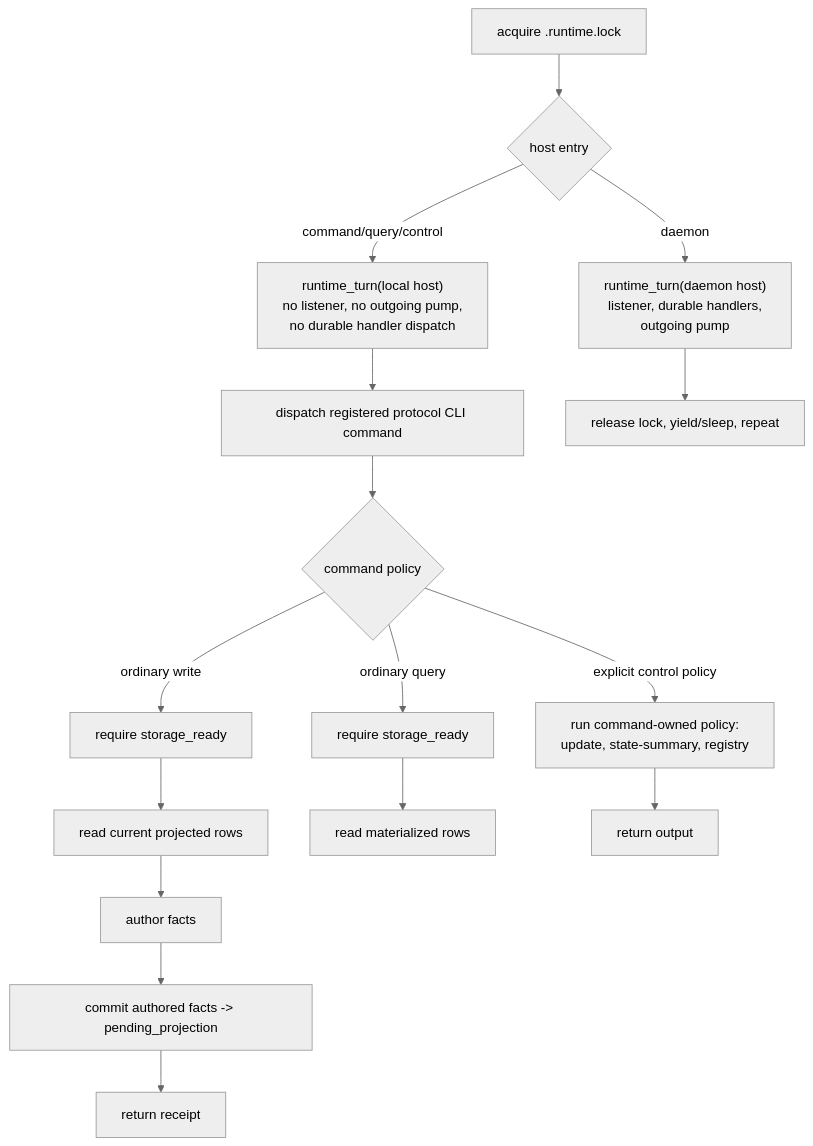
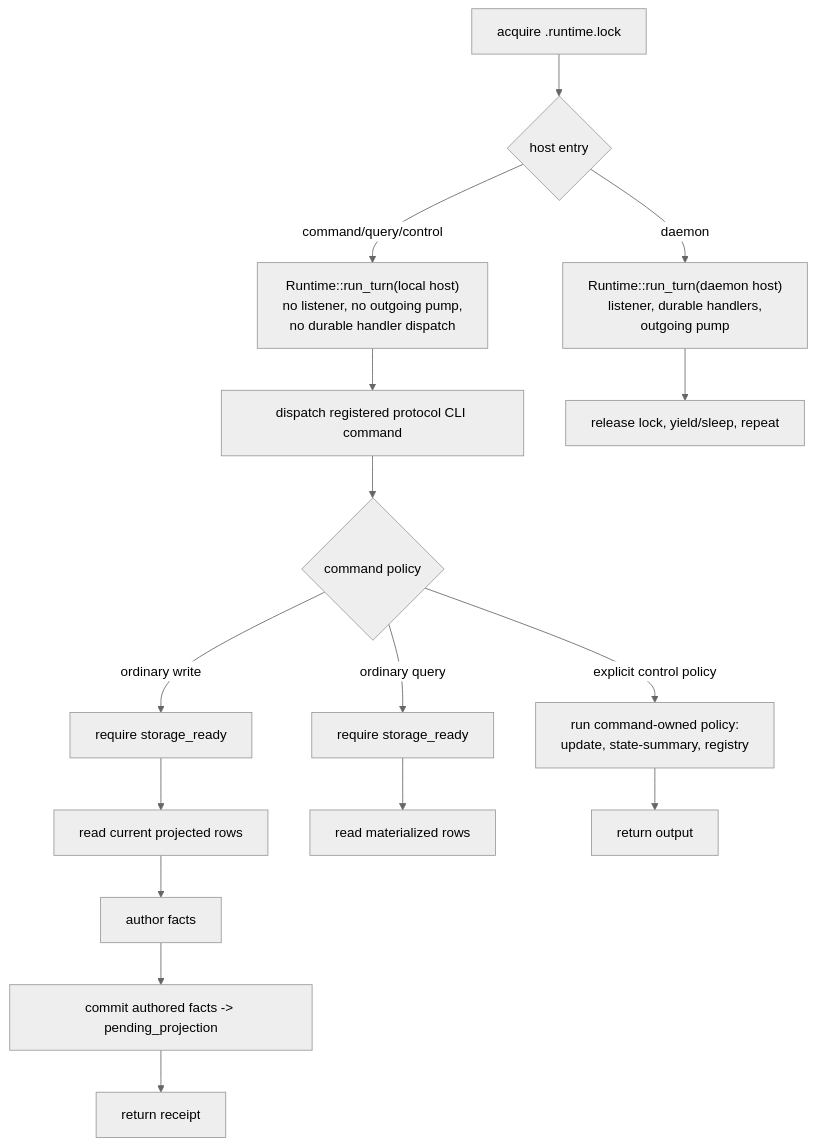
Before and after one commit to holmesworcester/poc-10: the fourth of 11 diagrams in ARCHITECTURE_DIAGRAMS.md, drawn with Mermaid (neutral theme). The commit also changed other lines of this file and 11 other files, not shown here.

Commit message:
Move runtime turn ownership into runtime

````diff
--- a/ARCHITECTURE_DIAGRAMS.md
+++ b/ARCHITECTURE_DIAGRAMS.md
@@ -285,25 +285,25 @@
 ```mermaid
 %%{init: {"flowchart": {"wrappingWidth": 300}} }%%
 flowchart TD
     LOCK["acquire <db>.runtime.lock"]
 
     LOCK --> HOST{"host entry"}
-    HOST -->|command/query/control| LOCAL_PREFLIGHT["runtime_turn(local host)<br/>no listener, no outgoing pump,<br/>no durable handler dispatch"]
-    HOST -->|daemon| DAEMON_PREFLIGHT["runtime_turn(daemon host)<br/>listener, durable handlers,<br/>outgoing pump"]
+    HOST -->|command/query/control| LOCAL_PREFLIGHT["Runtime::run_turn(local host)<br/>no listener, no outgoing pump,<br/>no durable handler dispatch"]
+    HOST -->|daemon| DAEMON_PREFLIGHT["Runtime::run_turn(daemon host)<br/>listener, durable handlers,<br/>outgoing pump"]
 
     LOCAL_PREFLIGHT --> CLI_DISPATCH["dispatch registered protocol CLI command"]
     CLI_DISPATCH --> CLI_KIND{"command policy"}
     CLI_KIND -->|ordinary write| CMD_READY["require storage_ready"]
     CMD_READY --> READ_INPUTS["read current projected rows"]
     READ_INPUTS --> AUTHOR["author facts"]
     AUTHOR --> COMMIT_FACTS["commit authored facts -> pending_projection"]
     COMMIT_FACTS --> RECEIPT["return receipt"]
 
     CLI_KIND -->|ordinary query| Q_READY["require storage_ready"]
     Q_READY --> READ["read materialized rows"]
 
     CLI_KIND -->|explicit control policy| CONTROL["run command-owned policy:<br/>update, state-summary, registry"]
     CONTROL --> CONTROL_RETURN["return output"]
 
     DAEMON_PREFLIGHT --> DAEMON_LOOP["release lock, yield/sleep, repeat"]
 ```
````
